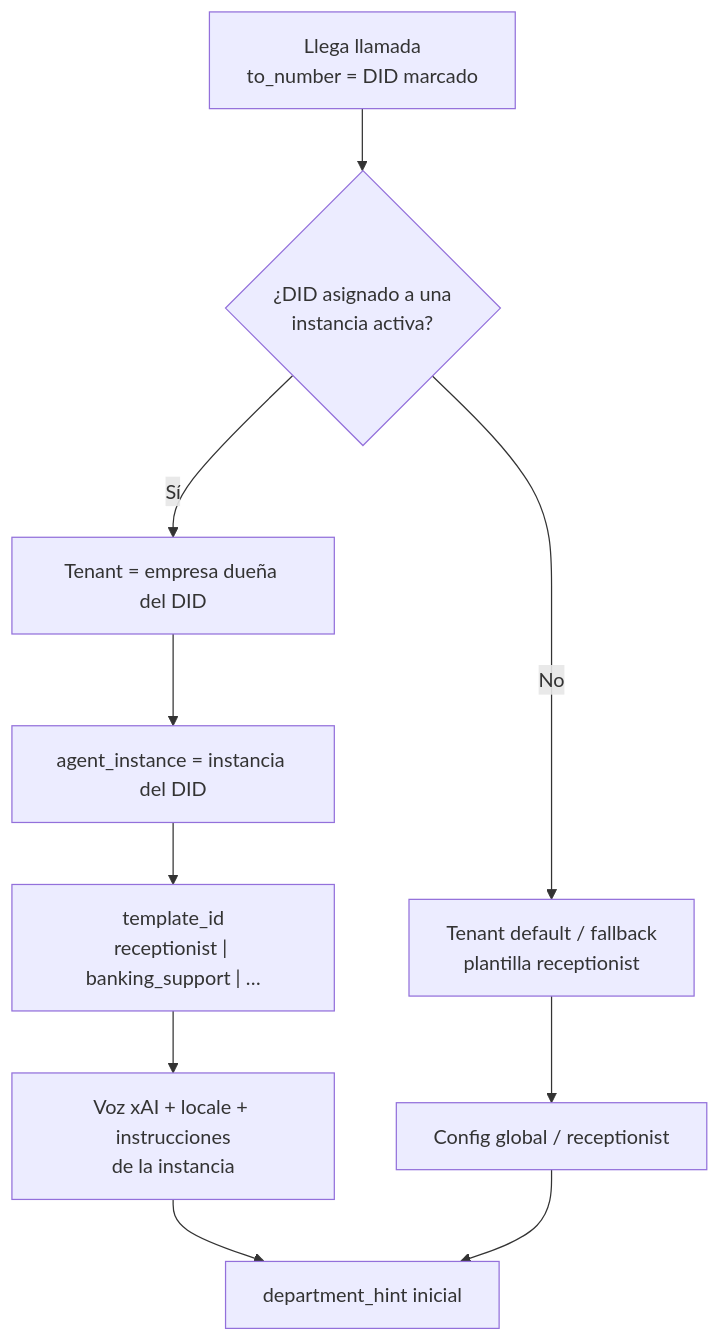
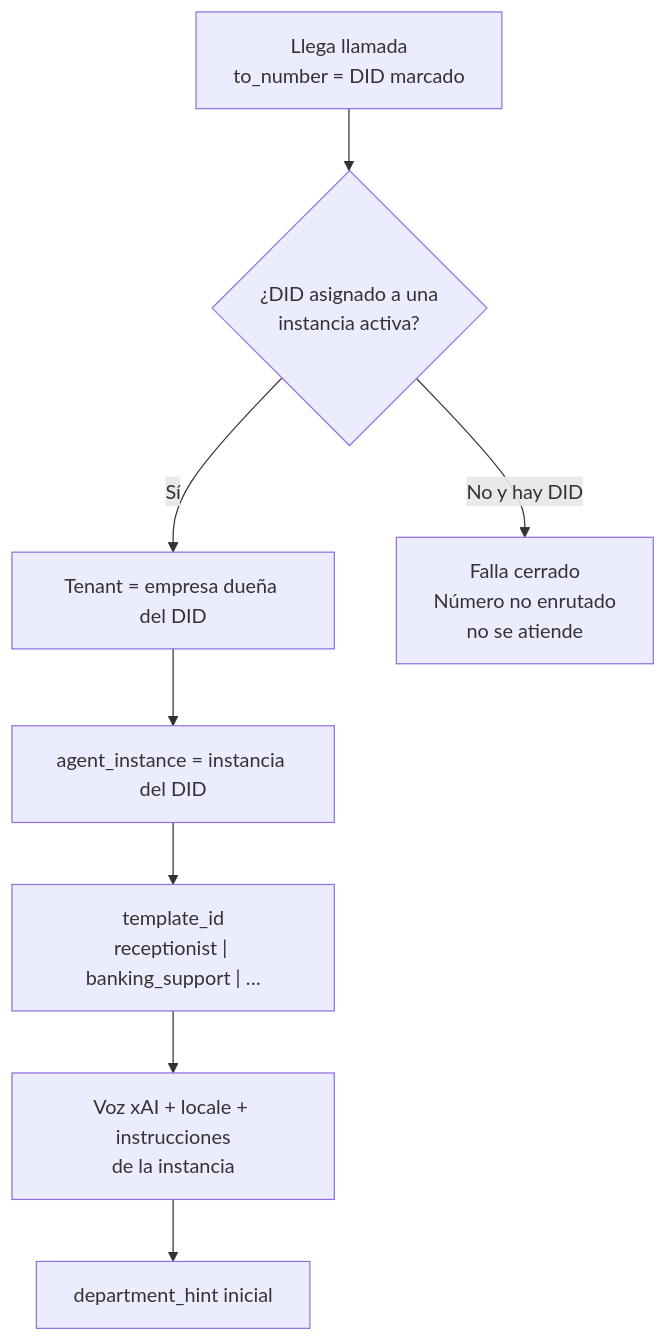
Before and after one commit to Zombie10/CallManagement: the fifth of 20 diagrams in docs/FLUJOS_OPERATIVOS.md, drawn with Mermaid. The commit also changed other lines of this file and 7 other files, not shown here.

````diff
--- a/docs/FLUJOS_OPERATIVOS.md
+++ b/docs/FLUJOS_OPERATIVOS.md
@@ -204,16 +205,13 @@
 ```mermaid
 flowchart TD
   START["Llega llamada<br/>to_number = DID marcado"] --> DISP{"¿DID asignado a una<br/>instancia activa?"}
 
   DISP -->|Sí| TEN["Tenant = empresa dueña del DID"]
-  DISP -->|No| DEF["Tenant default / fallback<br/>plantilla receptionist"]
+  DISP -->|No y hay DID| DROP["Falla cerrado<br/>Número no enrutado<br/>no se atiende"]
 
   TEN --> INST["agent_instance = instancia del DID"]
   INST --> TPL["template_id<br/>receptionist | banking_support | …"]
   TPL --> VOICE["Voz xAI + locale + instrucciones<br/>de la instancia"]
 
-  DEF --> VOICE2["Config global / receptionist"]
-
   VOICE --> OUT["department_hint inicial"]
-  VOICE2 --> OUT
 ```
````
